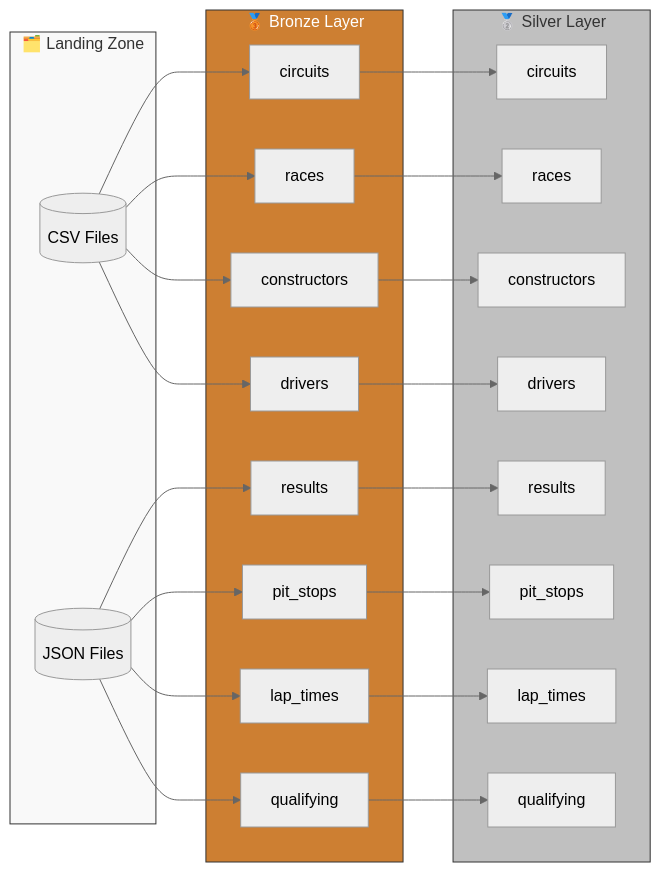
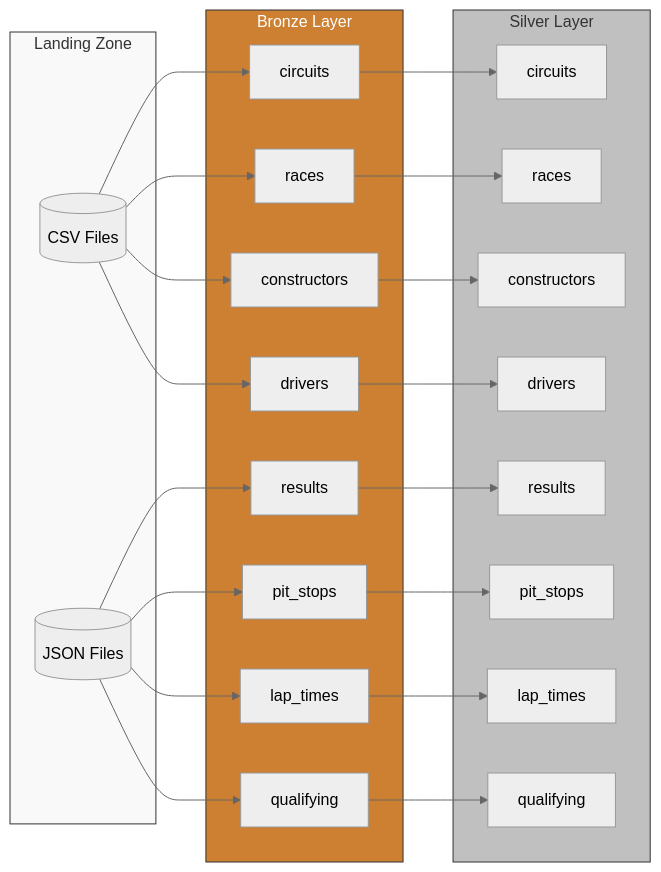
Before and after one commit to rgualter/ci-cd-dlt-pipeline: the first of 7 diagrams in docs/formula1-etl.md, drawn with Mermaid (neutral theme). The commit also changed other lines of this file and 7 other files, not shown here.

````diff
--- a/docs/formula1-etl.md
+++ b/docs/formula1-etl.md
@@ -9,45 +16,45 @@
 ```mermaid
 flowchart LR
-    subgraph Landing["🗂️ Landing Zone"]
+    subgraph Landing["Landing Zone"]
         L1[("CSV Files")]
         L2[("JSON Files")]
     end
 
-    subgraph Bronze["🥉 Bronze Layer"]
+    subgraph Bronze["Bronze Layer"]
         B1["circuits"]
         B2["races"]
         B3["constructors"]
         B4["drivers"]
         B5["results"]
         B6["pit_stops"]
         B7["lap_times"]
         B8["qualifying"]
     end
 
-    subgraph Silver["🥈 Silver Layer"]
+    subgraph Silver["Silver Layer"]
         S1["circuits"]
         S2["races"]
         S3["constructors"]
         S4["drivers"]
         S5["results"]
         S6["pit_stops"]
         S7["lap_times"]
         S8["qualifying"]
     end
 
     L1 --> B1 & B2 & B3 & B4
     L2 --> B5 & B6 & B7 & B8
     
     B1 --> S1
     B2 --> S2
     B3 --> S3
     B4 --> S4
     B5 --> S5
     B6 --> S6
     B7 --> S7
     B8 --> S8
 
     style Landing fill:#f9f9f9,stroke:#333
     style Bronze fill:#cd7f32,stroke:#333,color:#fff
     style Silver fill:#c0c0c0,stroke:#333
 ```
````
